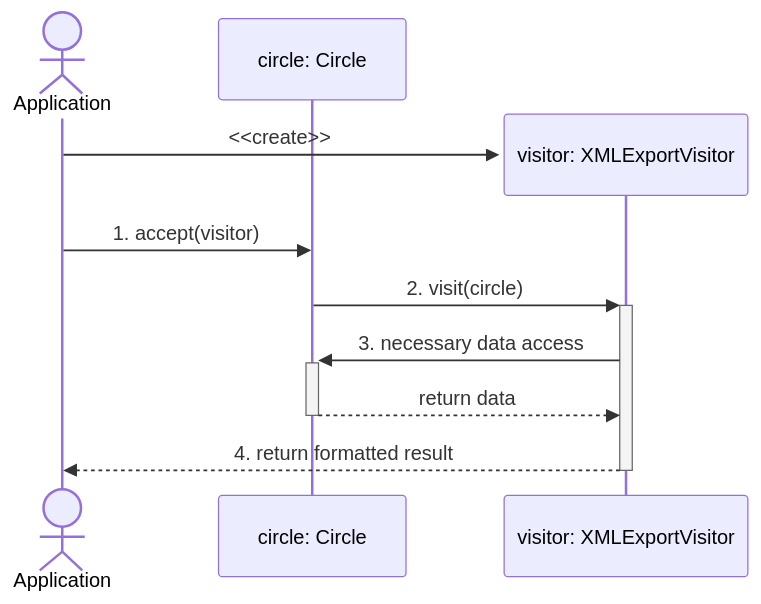
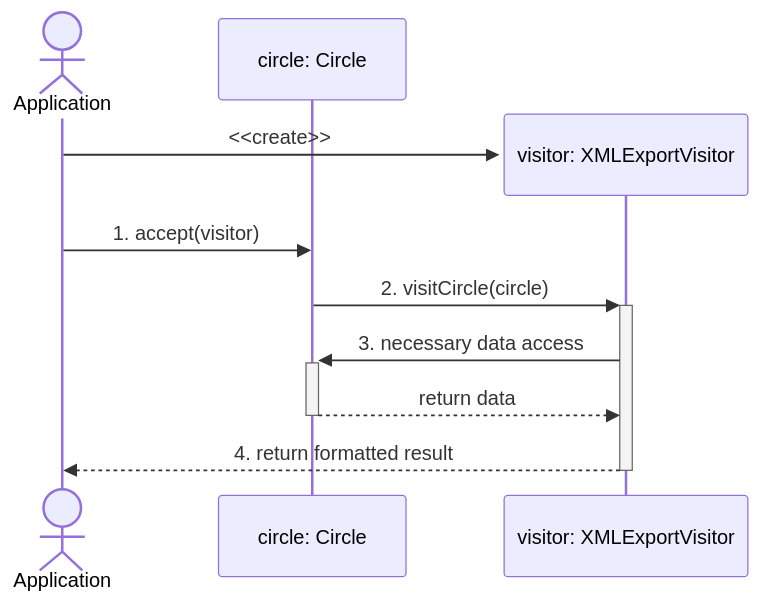
One commit to heig-lherman/mcr-project changed the diagram in presentation/practical/classic-sequence.mmd. Above: the diagram before and after it, drawn with Mermaid. The commit also changed 4 other files, not shown here.

```diff
--- a/presentation/practical/classic-sequence.mmd
+++ b/presentation/practical/classic-sequence.mmd
@@ -1,12 +1,12 @@
 sequenceDiagram
 actor A as Application
 participant C as circle: Circle
 
 create participant V as visitor: XMLExportVisitor
 A->>V: <<create>>
 
 A ->> C : 1. accept(visitor)
-C ->>+ V : 2. visit(circle)
+C ->>+ V : 2. visitCircle(circle)
 V ->>+ C : 3. necessary data access
 C -->>- V : return data
 V -->>- A : 4. return formatted result
```
